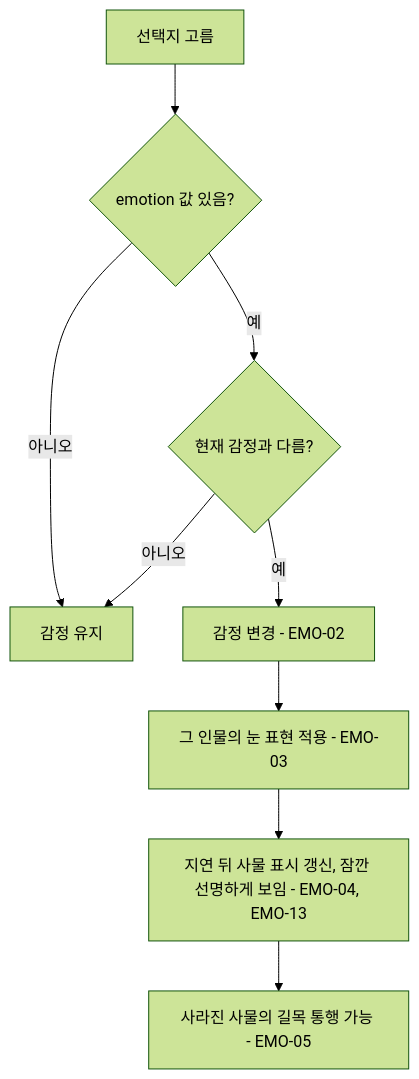
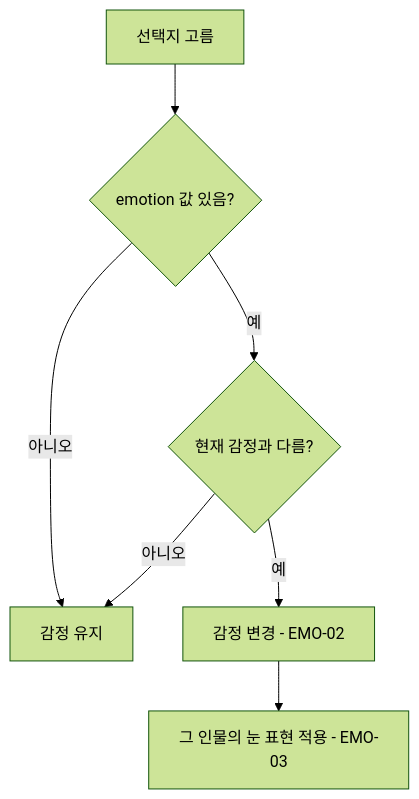
Before and after one commit to xpaklove12-lang/Corner1: the first of 2 diagrams in docs/specs/emotion-maze.md, drawn with Mermaid (forest theme). The commit also changed other lines of this file and 36 other files, not shown here.

````diff
--- a/docs/specs/emotion-maze.md
+++ b/docs/specs/emotion-maze.md
@@ -92,11 +107,9 @@
 ```mermaid
 flowchart TD
     A[선택지 고름] --> B{emotion 값 있음?}
     B -- 아니오 --> C[감정 유지]
     B -- 예 --> D{현재 감정과 다름?}
     D -- 아니오 --> C
     D -- 예 --> E[감정 변경 - EMO-02]
     E --> F[그 인물의 눈 표현 적용 - EMO-03]
-    F --> G[지연 뒤 사물 표시 갱신, 잠깐 선명하게 보임 - EMO-04, EMO-13]
-    G --> H[사라진 사물의 길목 통행 가능 - EMO-05]
 ```
````
